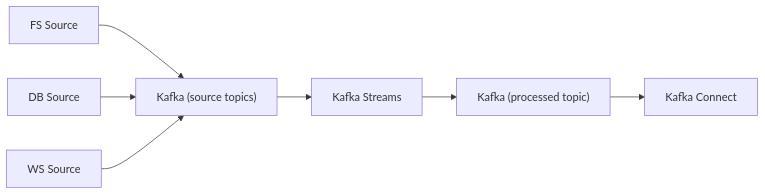
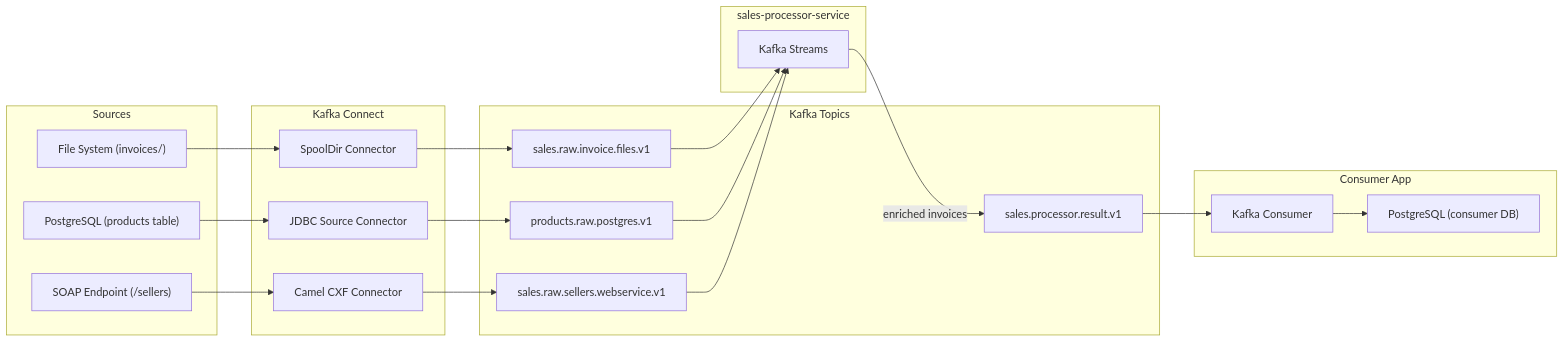
One commit to andreixmartins/kata-data changed the diagram in README.md. Above: the diagram before and after it, drawn with Mermaid.

Commit message:
Adding Diagram

````diff
--- a/README.md
+++ b/README.md
@@ -122,10 +122,42 @@
 ```mermaid
 flowchart LR
-  FS["FS Source"] --> K1["Kafka (source topics)"]
-  DB["DB Source"] --> K1
-  WS["WS Source"] --> K1
-  K1 --> KS["Kafka Streams"]
-  KS --> K2["Kafka (processed topic)"]
-  K2 --> KC["Kafka Connect"]
+  subgraph Sources
+    FS["File System (invoices/)"]
+    PG["PostgreSQL (products table)"]
+    SOAP["SOAP Endpoint (/sellers)"]
+  end
 
+  subgraph Kafka Connect
+    SC1["SpoolDir Connector"]
+    SC2["JDBC Source Connector"]
+    SC3["Camel CXF Connector"]
+  end
+
+  subgraph Kafka Topics
+    T1["sales.raw.invoice.files.v1"]
+    T2["products.raw.postgres.v1"]
+    T3["sales.raw.sellers.webservice.v1"]
+    T4["sales.processor.result.v1"]
+  end
+
+  subgraph sales-processor-service
+    KS["Kafka Streams"]
+  end
+
+  subgraph Consumer App
+    KC["Kafka Consumer"]
+    CPG["PostgreSQL (consumer DB)"]
+  end
+
+  FS --> SC1 --> T1
+  PG --> SC2 --> T2
+  SOAP --> SC3 --> T3
+
+  T1 --> KS
+  T2 --> KS
+  T3 --> KS
+
+  KS -->|enriched invoices| T4
+
+  T4 --> KC --> CPG
 ```
````
